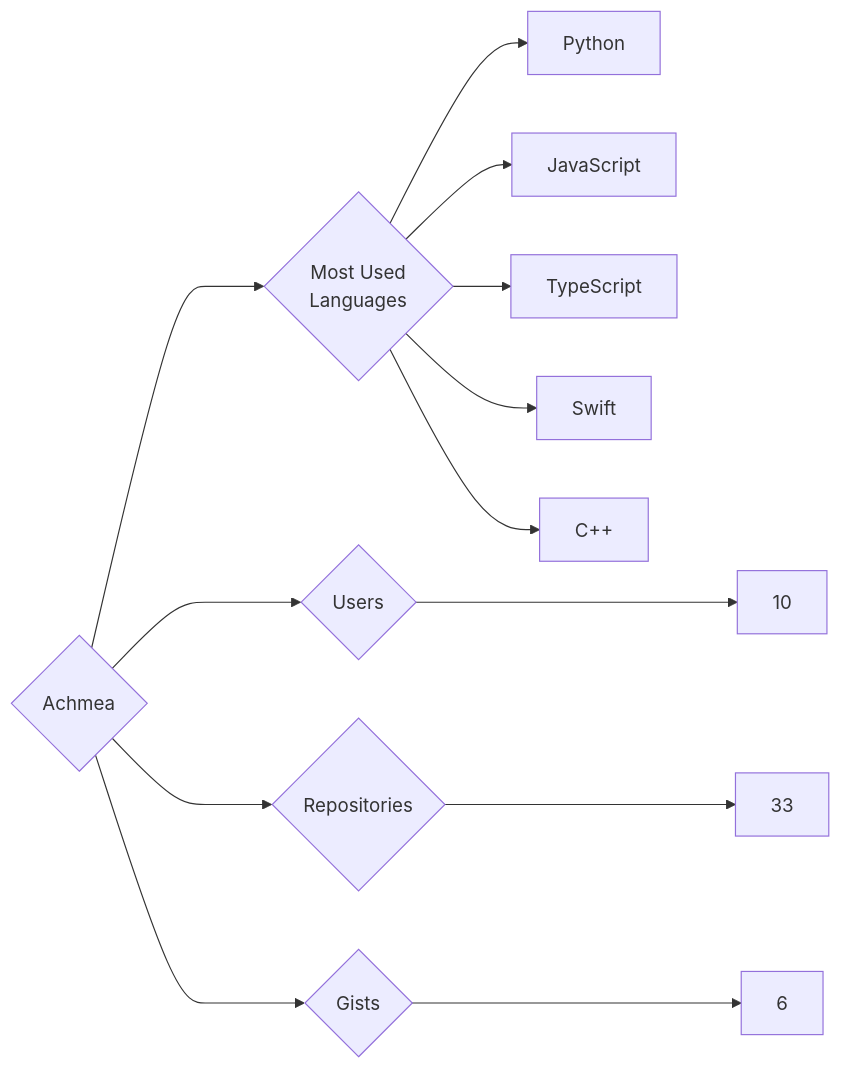
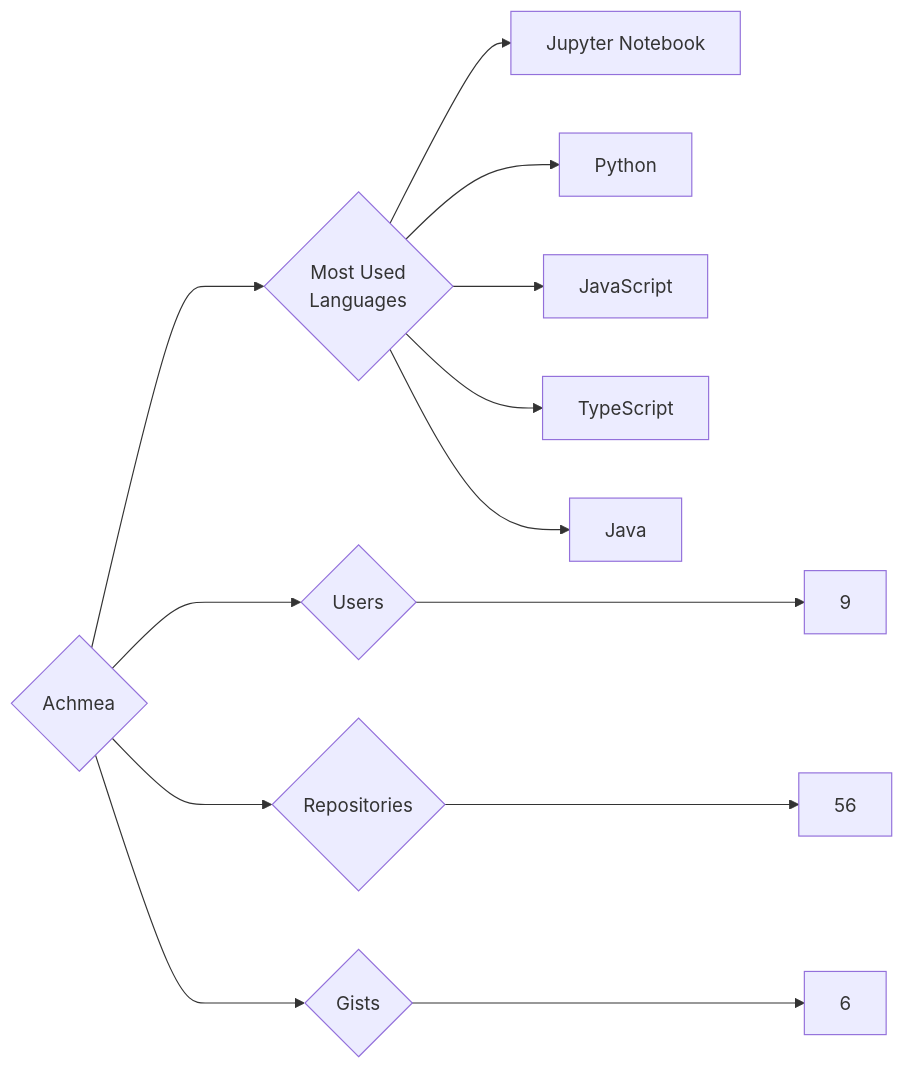
One commit to trickest/insiders changed the diagram in targets/Achmea/README.md. Above: the diagram before and after it, drawn with Mermaid. The commit also changed 644 other files, not shown here.

````diff
--- a/targets/Achmea/README.md
+++ b/targets/Achmea/README.md
@@ -3,13 +3,13 @@
 ```mermaid
 graph LR
 COMPANY_NAME{Achmea}
-COMPANY_NAME ---> U{Users} ---> UN[10]
-COMPANY_NAME ---> R{Repositories} ---> RN[33]
+COMPANY_NAME ---> U{Users} ---> UN[9]
+COMPANY_NAME ---> R{Repositories} ---> RN[56]
 COMPANY_NAME ---> G{Gists} ---> GN[6]
 COMPANY_NAME ---> ML{Most Used<br>Languages}
+ML --> Jupyter_Notebook[Jupyter Notebook]
 ML --> Python[Python]
 ML --> JavaScript[JavaScript]
 ML --> TypeScript[TypeScript]
-ML --> Swift[Swift]
-ML --> C++[C++]
+ML --> Java[Java]
 ```
````
